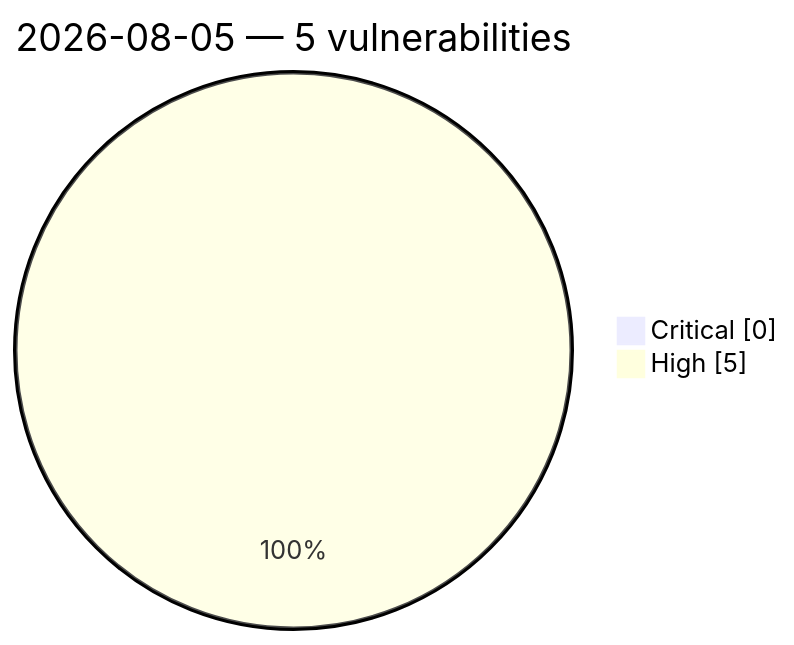
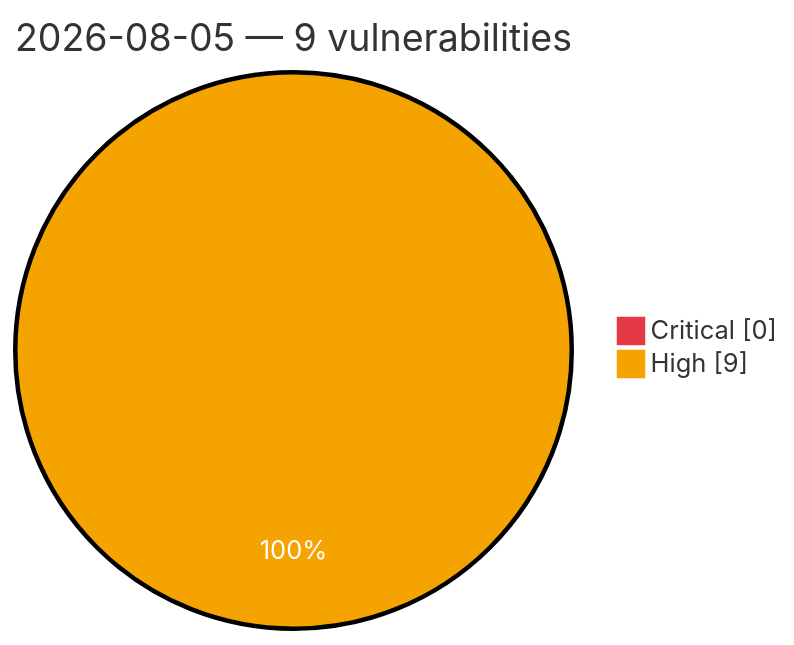
Before and after one commit to GhostX0X/vuln-tracker: the diagram in vulnerabilities/2026-08-05.md, drawn with Mermaid. The commit also changed other lines of this file and 2 other files, not shown here.

Commit message:
Auto update: critical/high vulns (2026-08-05 06:38 UTC)

````diff
--- a/vulnerabilities/2026-08-05.md
+++ b/vulnerabilities/2026-08-05.md
@@ -3,6 +3,7 @@
 ```mermaid
+%%{init: {'theme':'base', 'themeVariables': {'pie1':'#e63946', 'pie2':'#f4a300', 'pieOpacity':'1', 'pieOuterStrokeWidth':'2px', 'pieSectionTextColor':'#ffffff'}}}%%
 pie showData
-    title 2026-08-05 — 5 vulnerabilities
+    title 2026-08-05 — 9 vulnerabilities
     "Critical" : 0
-    "High" : 5
+    "High" : 9
 ```
````
